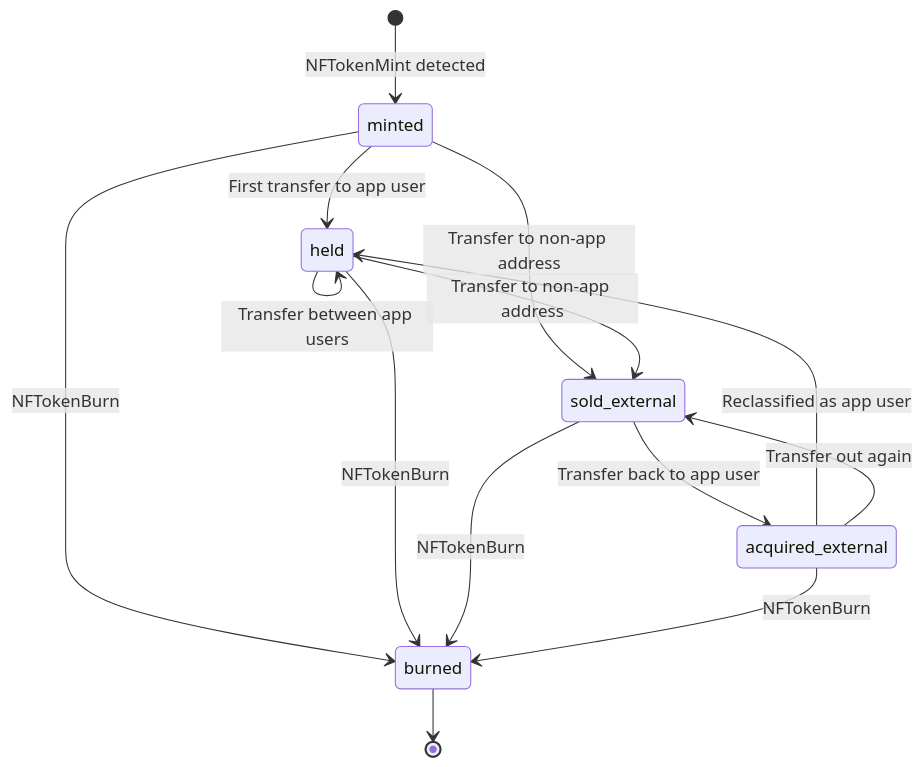
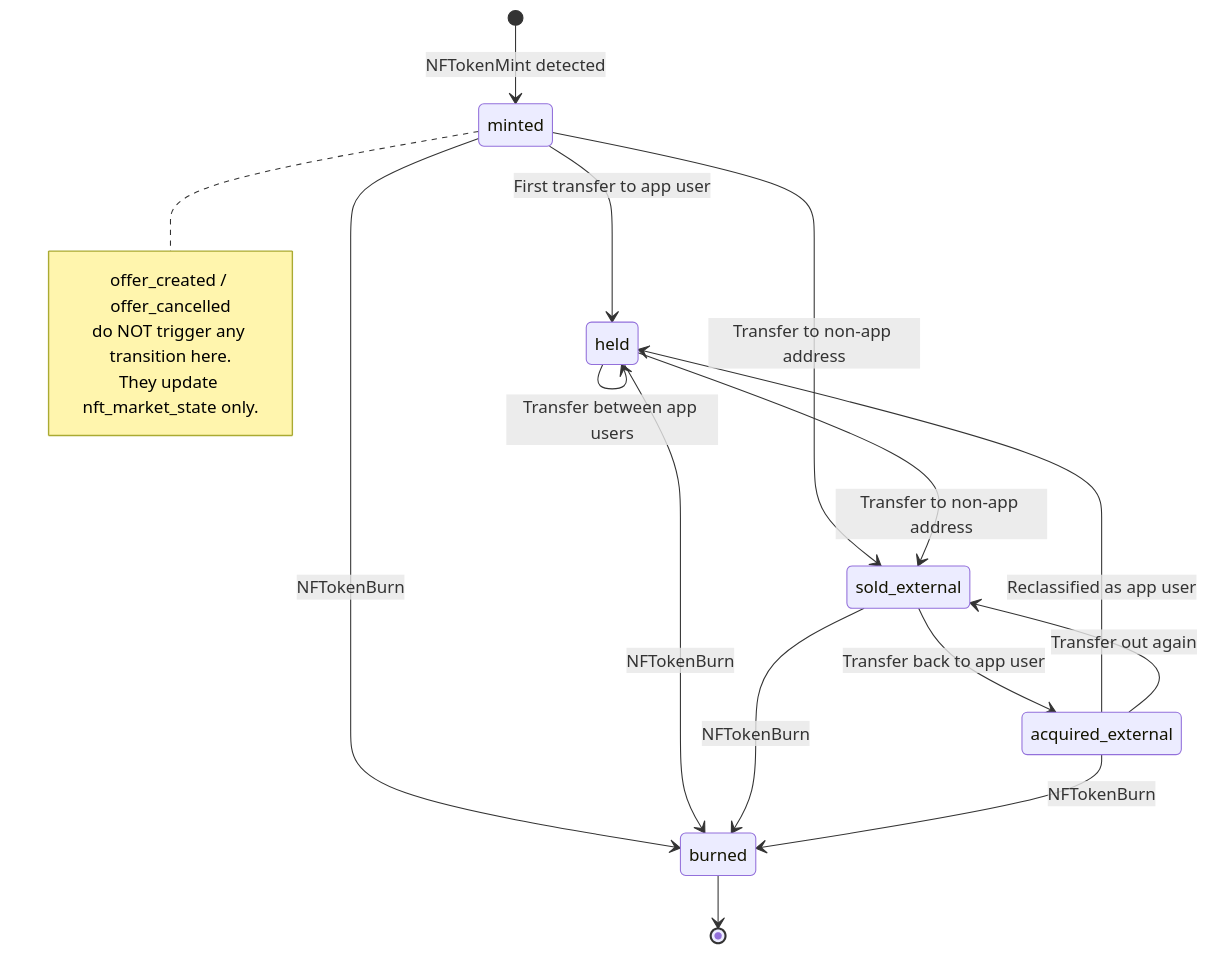
The second of 2 diagrams in alpha/nft-sweeper-architecture.md (P-U-C/pft-validator), drawn with Mermaid before and after one commit. The commit also changed other lines of this file, not shown here.

Commit message:
NFT Sweeper v1.1: truth model, Task Node contract, confidence ladder, holder versioning, adversarial analysis, operational SLOs

````diff
--- a/alpha/nft-sweeper-architecture.md
+++ b/alpha/nft-sweeper-architecture.md
@@ -369,20 +540,26 @@
 ```mermaid
 stateDiagram-v2
     [*] --> minted: NFTokenMint detected
     minted --> held: First transfer to app user
     minted --> sold_external: Transfer to non-app address
     minted --> burned: NFTokenBurn
-    
+
     held --> sold_external: Transfer to non-app address
     held --> held: Transfer between app users
     held --> burned: NFTokenBurn
-    
+
     sold_external --> acquired_external: Transfer back to app user
     sold_external --> burned: NFTokenBurn
-    
+
     acquired_external --> held: Reclassified as app user
     acquired_external --> sold_external: Transfer out again
     acquired_external --> burned: NFTokenBurn
-    
+
     burned --> [*]
+
+    note right of minted
+      offer_created / offer_cancelled
+      do NOT trigger any transition here.
+      They update nft_market_state only.
+    end note
 ```
````
